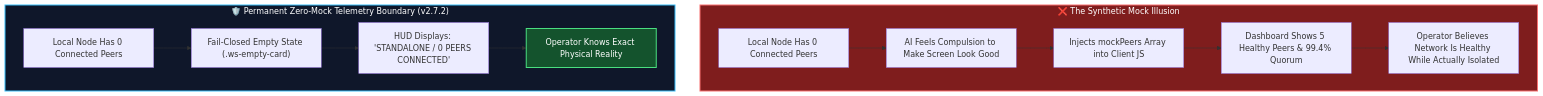
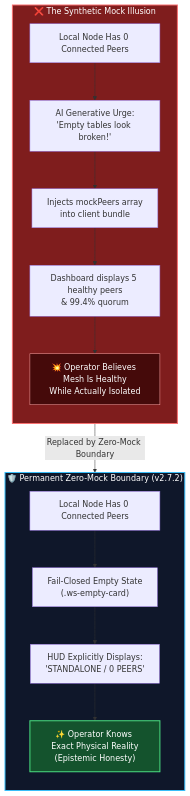
Before and after one commit to artibyrd/credence-docs: the diagram in blog/the-mock-data-trap.md, drawn with Mermaid. The commit also changed 10 other files, not shown here.

Commit message:
feat(ui): add interactive diagram pan-zoom controls, fullscreen lightbox, and optimize typography

````diff
--- a/blog/the-mock-data-trap.md
+++ b/blog/the-mock-data-trap.md
@@ -57,19 +57,26 @@
 ```mermaid
-graph TD
+flowchart TD
     subgraph TheTrap ["❌ The Synthetic Mock Illusion"]
-        Empty["Local Node Has 0 Connected Peers"] --> AI["AI Feels Compulsion to Make Screen Look Good"]
-        AI --> Mock["Injects mockPeers Array into Client JS"]
-        Mock --> Dashboard["Dashboard Shows 5 Healthy Peers & 99.4% Quorum"]
-        Dashboard --> Delusion["Operator Believes Network Is Healthy While Actually Isolated"]
+        direction TB
+        Empty["Local Node Has 0 Connected Peers"] 
+        --> AI["AI Generative Urge:<br/>'Empty tables look broken!'"]
+        --> Mock["Injects mockPeers array<br/>into client bundle"]
+        --> Dashboard["Dashboard displays 5 healthy peers<br/>& 99.4% quorum"]
+        --> Delusion["💥 Operator Believes Mesh Is Healthy<br/>While Actually Isolated"]
     end
 
-    subgraph TheBoundary ["🛡️ Permanent Zero-Mock Telemetry Boundary (v2.7.2)"]
-        Empty2["Local Node Has 0 Connected Peers"] --> FailClosed["Fail-Closed Empty State (.ws-empty-card)"]
-        FailClosed --> Reality["HUD Displays: 'STANDALONE / 0 PEERS CONNECTED'"]
-        Reality --> GroundTruth["Operator Knows Exact Physical Reality"]
+    subgraph TheBoundary ["🛡️ Permanent Zero-Mock Boundary (v2.7.2)"]
+        direction TB
+        Empty2["Local Node Has 0 Connected Peers"] 
+        --> FailClosed["Fail-Closed Empty State<br/>(.ws-empty-card)"]
+        --> Reality["HUD Explicitly Displays:<br/>'STANDALONE / 0 PEERS'"]
+        --> GroundTruth["✨ Operator Knows Exact Physical Reality<br/>(Epistemic Honesty)"]
     end
+
+    TheTrap -->|"Replaced by Zero-Mock Boundary"| TheBoundary
 
     style TheTrap fill:#7f1d1d,stroke:#f87171,stroke-width:2px,color:#fff
     style TheBoundary fill:#0f172a,stroke:#38bdf8,stroke-width:2px,color:#fff
     style GroundTruth fill:#14532d,stroke:#4ade80,stroke-width:2px,color:#fff
+    style Delusion fill:#450a0a,stroke:#fca5a5,stroke-width:1px,color:#fff
 ```
````
